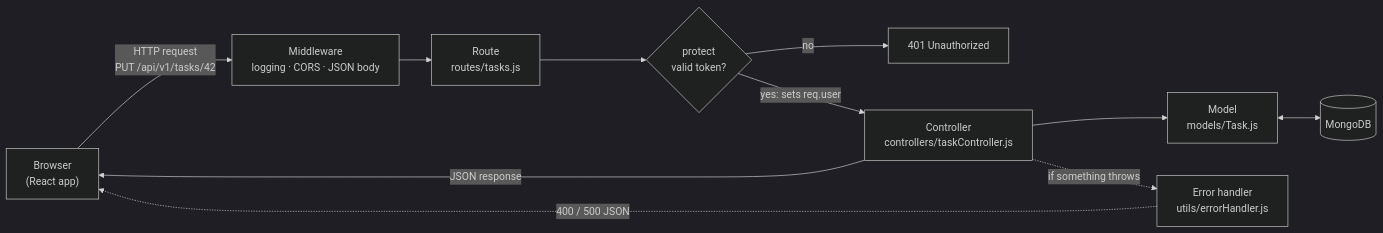
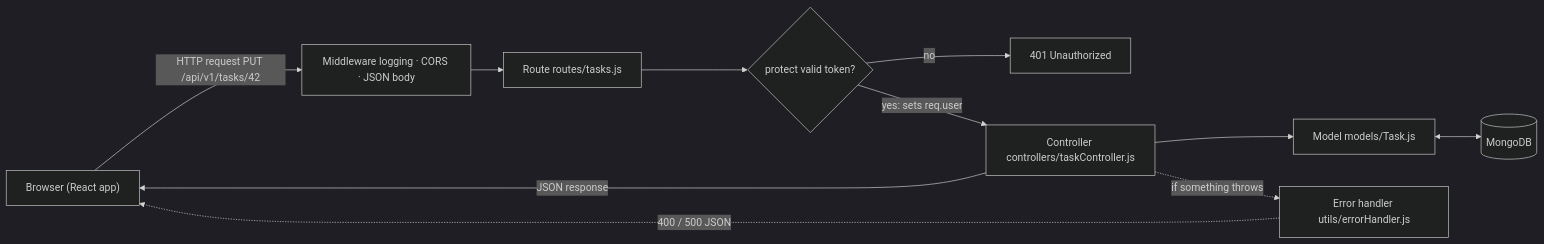
One commit to KEX-03/taskflow changed the diagram in docs/ARCHITECTURE.md. Above: the diagram before and after it, drawn with Mermaid (dark theme). The commit also changed other lines of this file, not shown here.

````diff
--- a/docs/ARCHITECTURE.md
+++ b/docs/ARCHITECTURE.md
@@ -21,13 +21,13 @@
 ```mermaid
 flowchart LR
-    B["Browser<br/>(React app)"] -->|"HTTP request<br/>PUT /api/v1/tasks/42"| M["Middleware<br/>logging · CORS · JSON body"]
-    M --> R["Route<br/>routes/tasks.js"]
-    R --> P{"protect<br/>valid token?"}
+    B["Browser (React app)"] -->|"HTTP request PUT /api/v1/tasks/42"| M["Middleware logging · CORS · JSON body"]
+    M --> R["Route routes/tasks.js"]
+    R --> P{"protect valid token?"}
     P -->|no| E401["401 Unauthorized"]
-    P -->|"yes: sets req.user"| C["Controller<br/>controllers/taskController.js"]
-    C --> Mo["Model<br/>models/Task.js"]
+    P -->|"yes: sets req.user"| C["Controller controllers/taskController.js"]
+    C --> Mo["Model models/Task.js"]
     Mo <--> DB[("MongoDB")]
     C -->|"JSON response"| B
-    C -.->|"if something throws"| EH["Error handler<br/>utils/errorHandler.js"]
+    C -.->|"if something throws"| EH["Error handler utils/errorHandler.js"]
     EH -.->|"400 / 500 JSON"| B
 ```
````
